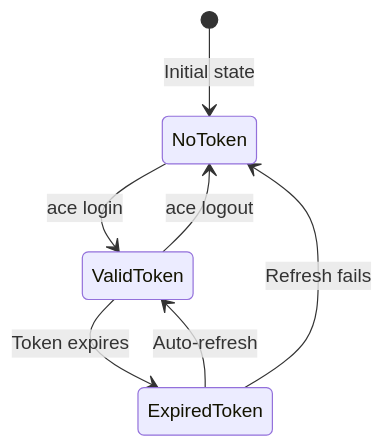
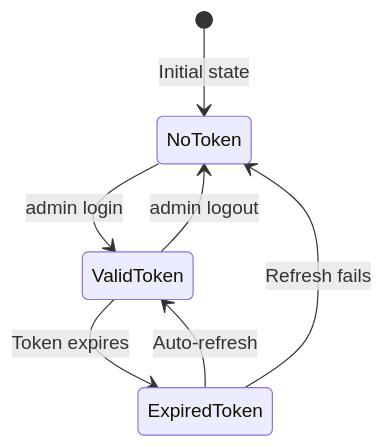
Before and after one commit to twistingmercury/mnemonic-mcp: the sixth of 10 diagrams in docs/architecture/06-security-architecture.md, drawn with Mermaid. The commit also changed other lines of this file and 63 other files, not shown here.

````diff
--- a/docs/architecture/06-security-architecture.md
+++ b/docs/architecture/06-security-architecture.md
@@ -333,9 +346,9 @@
 ```mermaid
 stateDiagram-v2
     [*] --> NoToken: Initial state
-    NoToken --> ValidToken: ace login
+    NoToken --> ValidToken: admin login
     ValidToken --> ExpiredToken: Token expires
     ExpiredToken --> ValidToken: Auto-refresh
     ExpiredToken --> NoToken: Refresh fails
-    ValidToken --> NoToken: ace logout
+    ValidToken --> NoToken: admin logout
 ```
````
